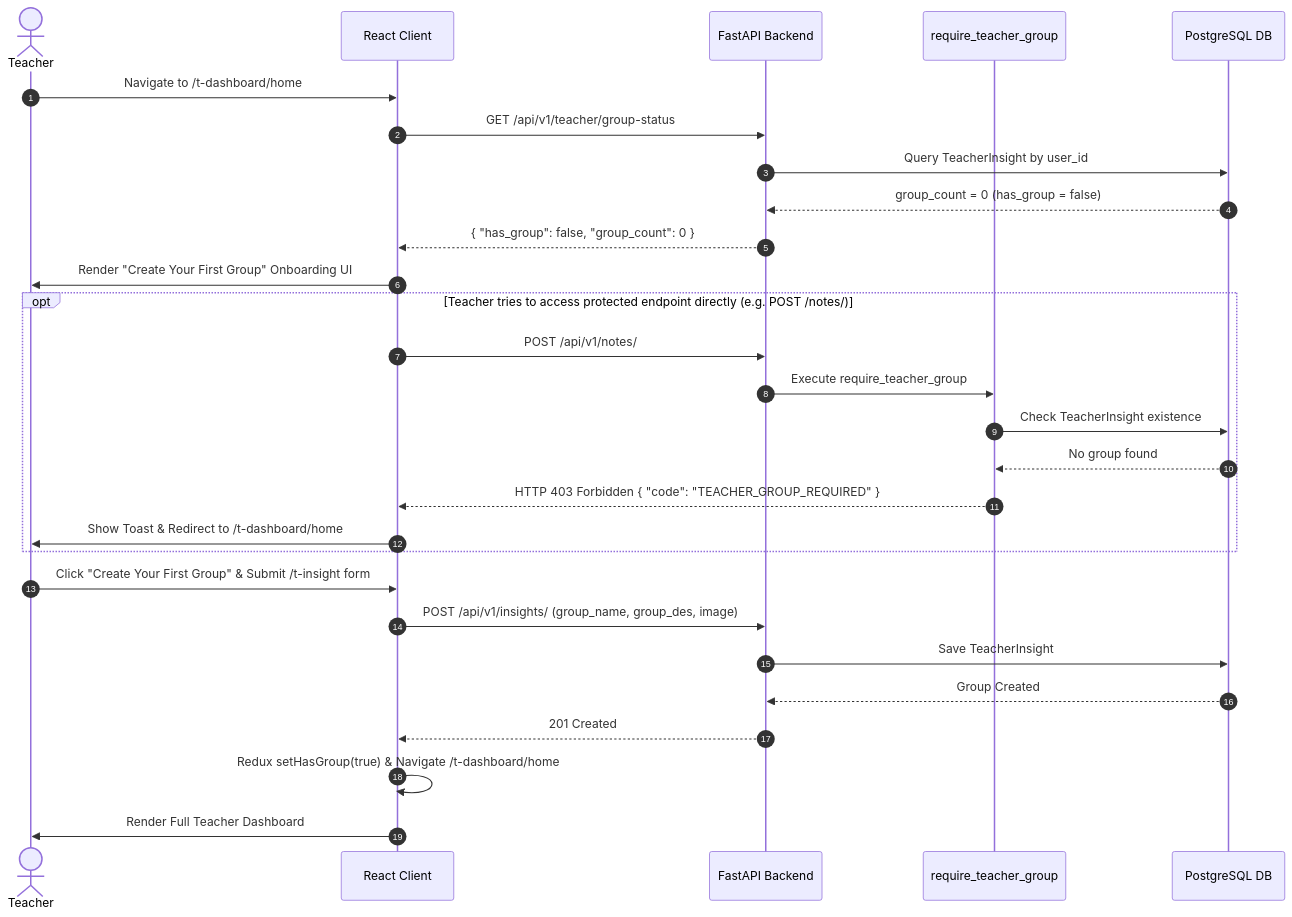
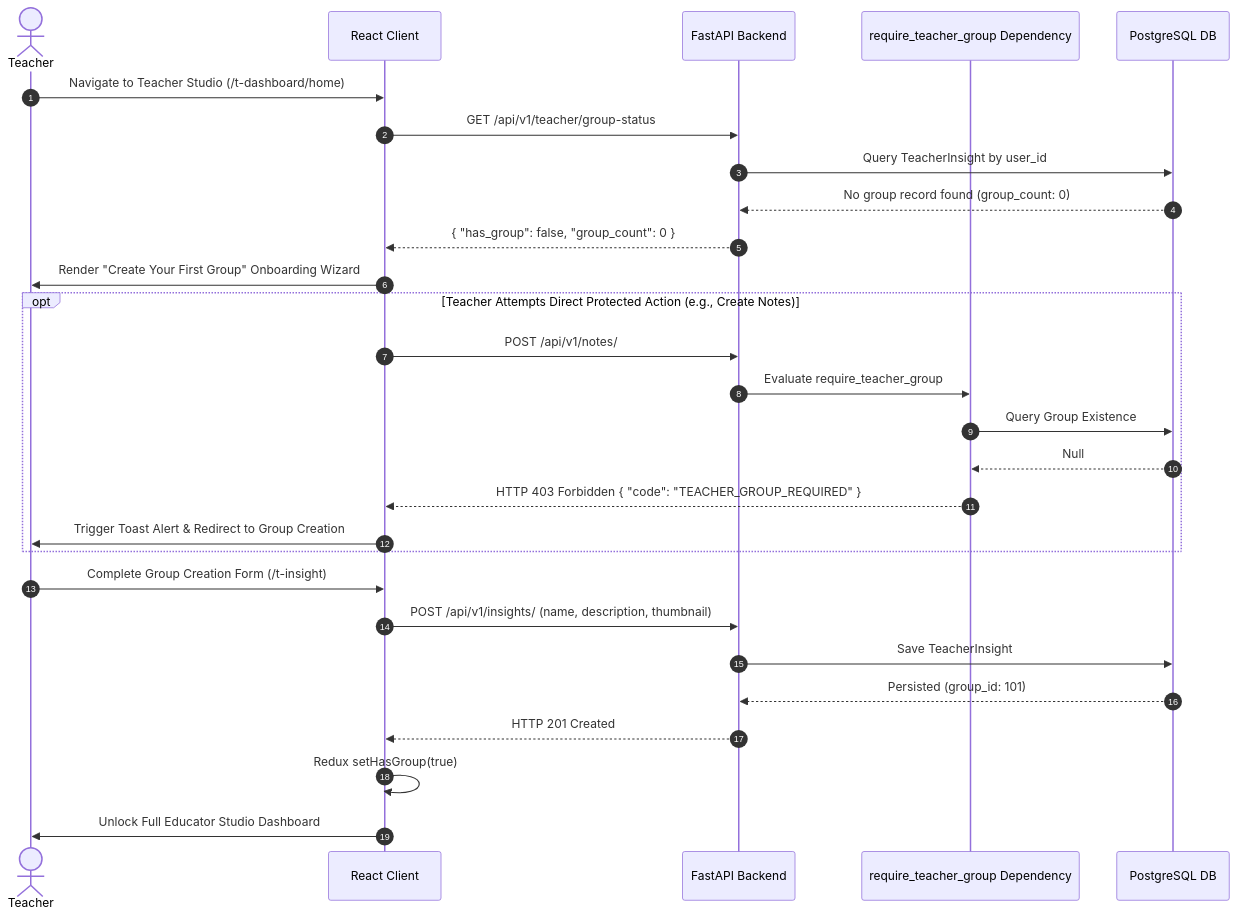
The third of 5 diagrams in README.md (Sandeep-singh-99/ClassBuddy), drawn with Mermaid before and after one commit. The commit also changed other lines of this file, not shown here.

Commit message:
Implement code changes to enhance functionality and improve performance

````diff
--- a/README.md
+++ b/README.md
@@ -201,34 +277,33 @@
 ```mermaid
 sequenceDiagram
     autonumber
     actor Teacher
-    participant Client as React Client
+    participant UI as React Client
     participant API as FastAPI Backend
-    participant Guard as require_teacher_group
+    participant Guard as require_teacher_group Dependency
     participant DB as PostgreSQL DB
 
-    Teacher->>Client: Navigate to /t-dashboard/home
-    Client->>API: GET /api/v1/teacher/group-status
+    Teacher->>UI: Navigate to Teacher Studio (/t-dashboard/home)
+    UI->>API: GET /api/v1/teacher/group-status
     API->>DB: Query TeacherInsight by user_id
-    DB-->>API: group_count = 0 (has_group = false)
-    API-->>Client: { "has_group": false, "group_count": 0 }
+    DB-->>API: No group record found (group_count: 0)
+    API-->>UI: { "has_group": false, "group_count": 0 }
+    UI->>Teacher: Render "Create Your First Group" Onboarding Wizard
 
-    Client->>Teacher: Render "Create Your First Group" Onboarding UI
-
-    opt Teacher tries to access protected endpoint directly (e.g. POST /notes/)
-        Client->>API: POST /api/v1/notes/
-        API->>Guard: Execute require_teacher_group
-        Guard->>DB: Check TeacherInsight existence
-        DB-->>Guard: No group found
-        Guard-->>Client: HTTP 403 Forbidden { "code": "TEACHER_GROUP_REQUIRED" }
-        Client->>Teacher: Show Toast & Redirect to /t-dashboard/home
+    opt Teacher Attempts Direct Protected Action (e.g., Create Notes)
+        UI->>API: POST /api/v1/notes/
+        API->>Guard: Evaluate require_teacher_group
+        Guard->>DB: Query Group Existence
+        DB-->>Guard: Null
+        Guard-->>UI: HTTP 403 Forbidden { "code": "TEACHER_GROUP_REQUIRED" }
+        UI->>Teacher: Trigger Toast Alert & Redirect to Group Creation
     end
 
-    Teacher->>Client: Click "Create Your First Group" & Submit /t-insight form
-    Client->>API: POST /api/v1/insights/ (group_name, group_des, image)
+    Teacher->>UI: Complete Group Creation Form (/t-insight)
+    UI->>API: POST /api/v1/insights/ (name, description, thumbnail)
     API->>DB: Save TeacherInsight
-    DB-->>API: Group Created
-    API-->>Client: 201 Created
-    Client->>Client: Redux setHasGroup(true) & Navigate /t-dashboard/home
-    Client->>Teacher: Render Full Teacher Dashboard
+    DB-->>API: Persisted (group_id: 101)
+    API-->>UI: HTTP 201 Created
+    UI->>UI: Redux setHasGroup(true)
+    UI->>Teacher: Unlock Full Educator Studio Dashboard
 ```
````
